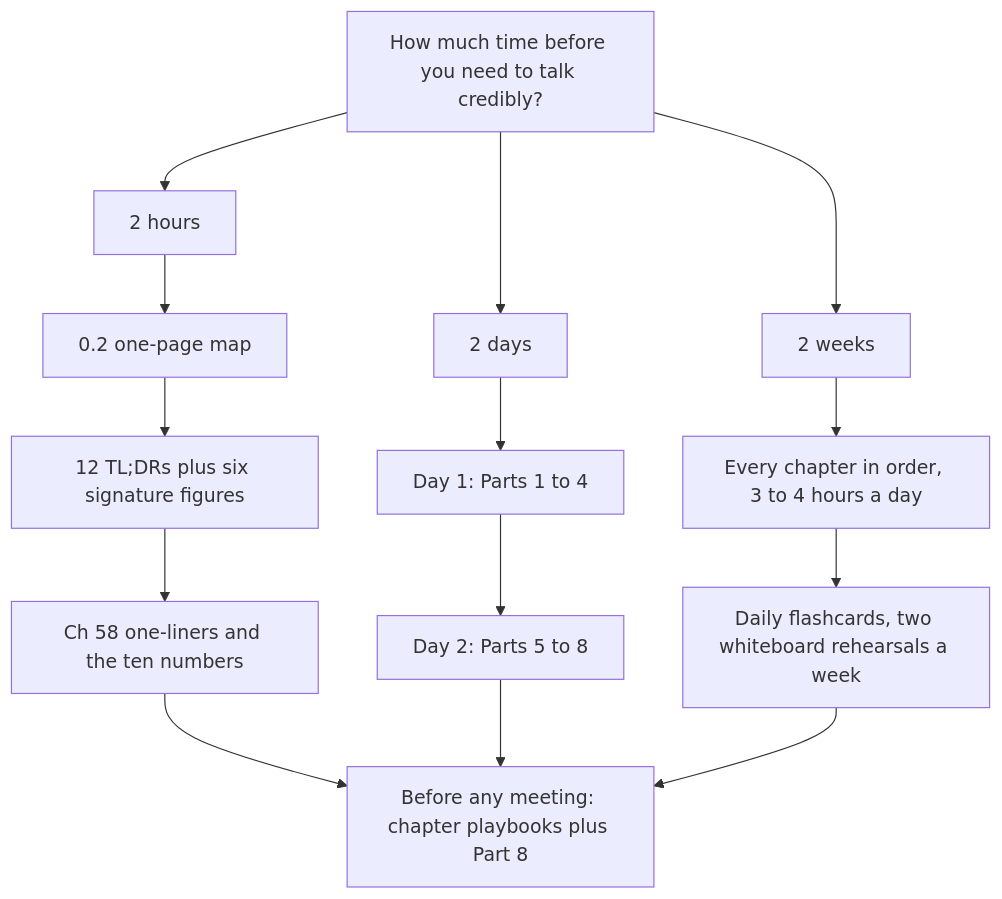
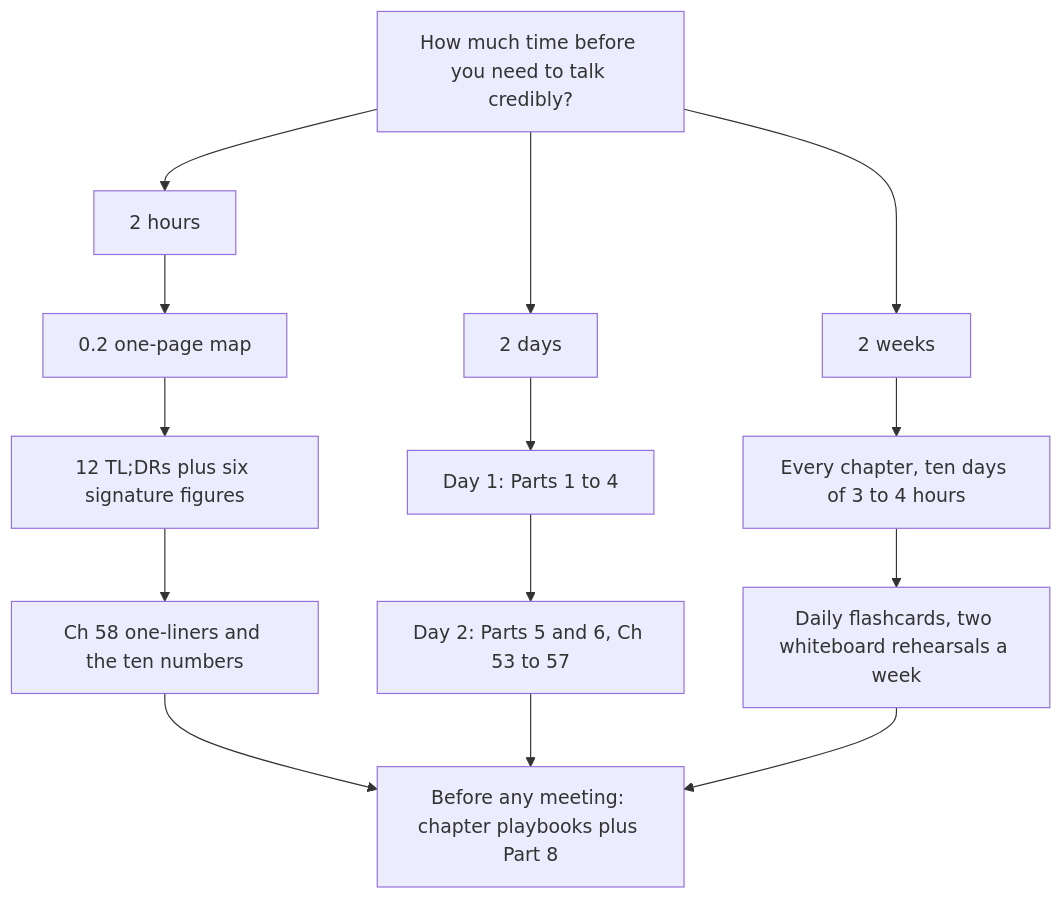
One commit to FrankHuang94/storage-_db_claude changed the first of 2 diagrams in docs/00-start-here/00a-how-to-use-this-atlas.md. Above: the diagram before and after it, drawn with Mermaid. The commit also changed other lines of this file and 55 other files, not shown here.

````diff
--- a/docs/00-start-here/00a-how-to-use-this-atlas.md
+++ b/docs/00-start-here/00a-how-to-use-this-atlas.md
@@ -61,16 +61,16 @@
 ```mermaid
 flowchart TD
     S["How much time before you need to talk credibly?"] --> A["2 hours"]
     S --> B["2 days"]
     S --> C["2 weeks"]
     A --> A1["0.2 one-page map"]
     A1 --> A2["12 TL;DRs plus six signature figures"]
     A2 --> A3["Ch 58 one-liners and the ten numbers"]
     B --> B1["Day 1: Parts 1 to 4"]
-    B1 --> B2["Day 2: Parts 5 to 8"]
-    C --> C1["Every chapter in order, 3 to 4 hours a day"]
+    B1 --> B2["Day 2: Parts 5 and 6, Ch 53 to 57"]
+    C --> C1["Every chapter, ten days of 3 to 4 hours"]
     C1 --> C2["Daily flashcards, two whiteboard rehearsals a week"]
     A3 --> M["Before any meeting: chapter playbooks plus Part 8"]
     B2 --> M
     C2 --> M
 ```
````
